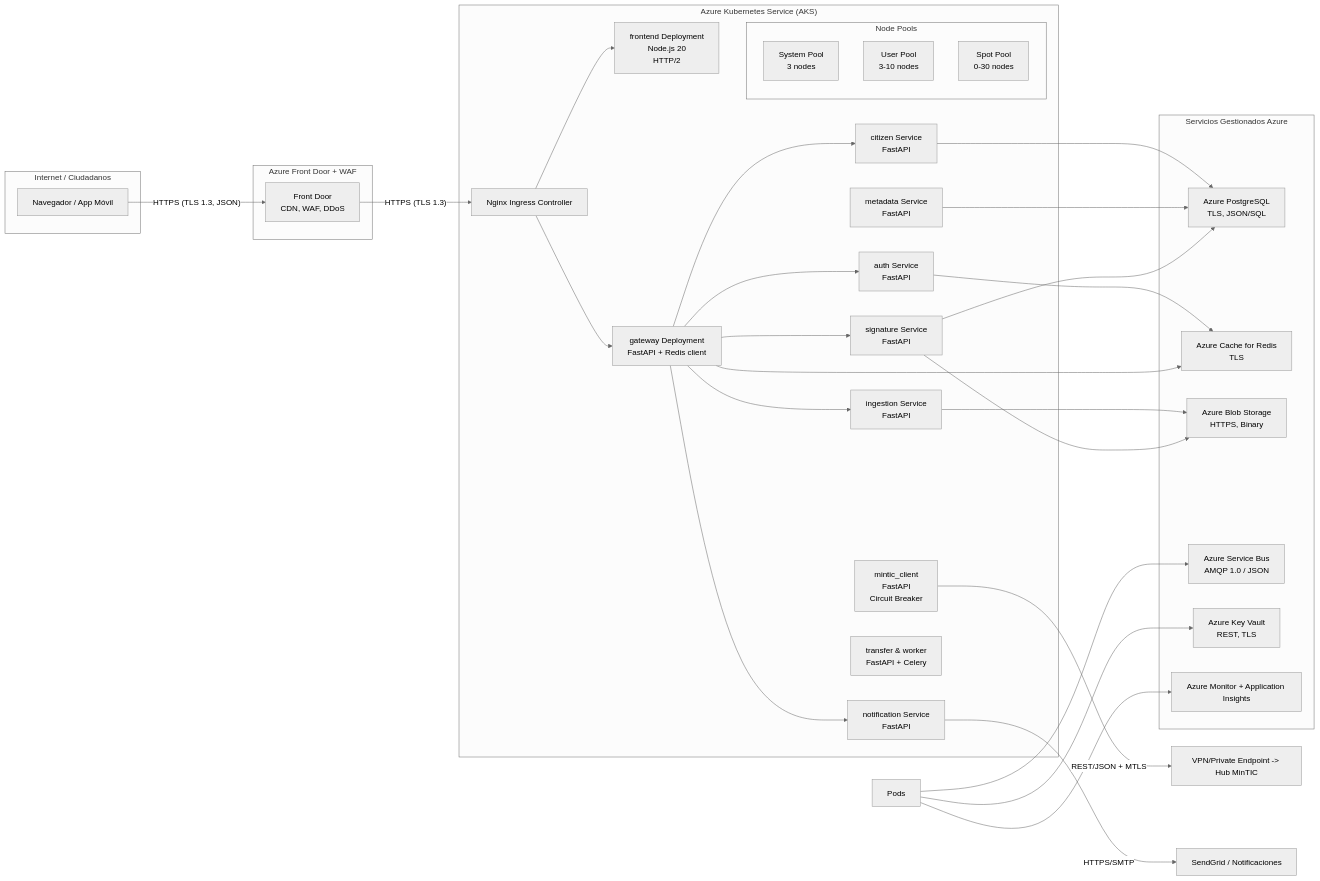
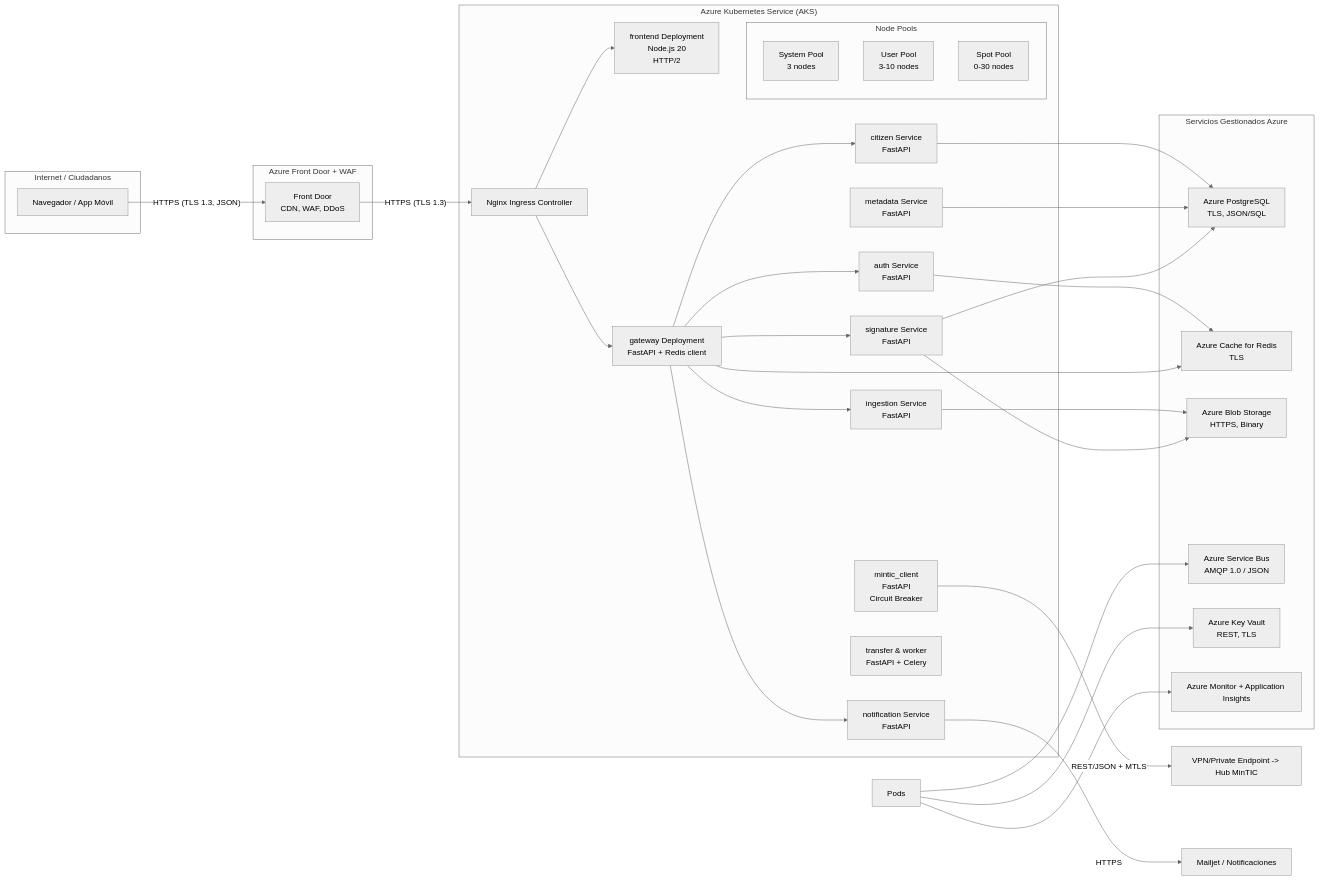
Before and after one commit to manuquistial/arquitectura-avanzada: the eighth of 8 diagrams in docs/ARQUITECTURA_CARPETA_CIUDADANA.md, drawn with Mermaid. The commit also changed other lines of this file and 16 other files, not shown here.

````diff
--- a/docs/ARQUITECTURA_CARPETA_CIUDADANA.md
+++ b/docs/ARQUITECTURA_CARPETA_CIUDADANA.md
@@ -374,65 +374,65 @@
 ```mermaid
 %%{init: {'theme': 'neutral', 'flowchart': {'useMaxWidth': false}}}%%
 graph LR
   subgraph Usuario["Internet / Ciudadanos"]
     Browser["Navegador / App Móvil"]
   end
 
   Browser -- HTTPS (TLS 1.3, JSON) --> FrontDoor
 
   subgraph AzureEdge["Azure Front Door + WAF"]
     FrontDoor["Front Door\nCDN, WAF, DDoS"]
   end
 
   FrontDoor -- HTTPS (TLS 1.3) --> AGW
 
   subgraph AKSCluster["Azure Kubernetes Service (AKS)"]
     AGW["Nginx Ingress Controller"]
     subgraph NodePools["Node Pools"]
       NPSystem["System Pool\n3 nodes"]
       NPUser["User Pool\n3-10 nodes"]
       NPSpot["Spot Pool\n0-30 nodes"]
     end
     FrontendPod["frontend Deployment\nNode.js 20\nHTTP/2"]
     GatewayPod["gateway Deployment\nFastAPI + Redis client"]
     CitizenPod["citizen Service\nFastAPI"]
     AuthPod["auth Service\nFastAPI"]
     IngestionPod["ingestion Service\nFastAPI"]
     MetadataPod["metadata Service\nFastAPI"]
     SignaturePod["signature Service\nFastAPI"]
     MinticPod["mintic_client\nFastAPI\nCircuit Breaker"]
     NotificationPod["notification Service\nFastAPI"]
     TransferPod["transfer & worker\nFastAPI + Celery"]
   end
 
   AGW --> FrontendPod
   AGW --> GatewayPod
   GatewayPod --> CitizenPod
   GatewayPod --> AuthPod
   GatewayPod --> IngestionPod
   GatewayPod --> SignaturePod
   GatewayPod --> NotificationPod
 
   subgraph ManagedServices["Servicios Gestionados Azure"]
     Postgres["Azure PostgreSQL\nTLS, JSON/SQL"]
     Redis["Azure Cache for Redis\nTLS"]
     Blob["Azure Blob Storage\nHTTPS, Binary"]
     ServiceBus["Azure Service Bus\nAMQP 1.0 / JSON"]
     KeyVault["Azure Key Vault\nREST, TLS"]
     Monitor["Azure Monitor + Application Insights"]
   end
 
   CitizenPod --> Postgres
   MetadataPod --> Postgres
   SignaturePod --> Postgres
   AuthPod --> Redis
   GatewayPod --> Redis
   IngestionPod --> Blob
   SignaturePod --> Blob
   AllPods["Pods"] --> KeyVault
   AllPods --> ServiceBus
   AllPods --> Monitor
 
   MinticPod -- REST/JSON + MTLS --> HubAPI["VPN/Private Endpoint -> Hub MinTIC"]
-  NotificationPod -- HTTPS/SMTP --> ExternalServices["SendGrid / Notificaciones"]
+  NotificationPod -- HTTPS --> ExternalServices["Mailjet / Notificaciones"]
 ```
````
